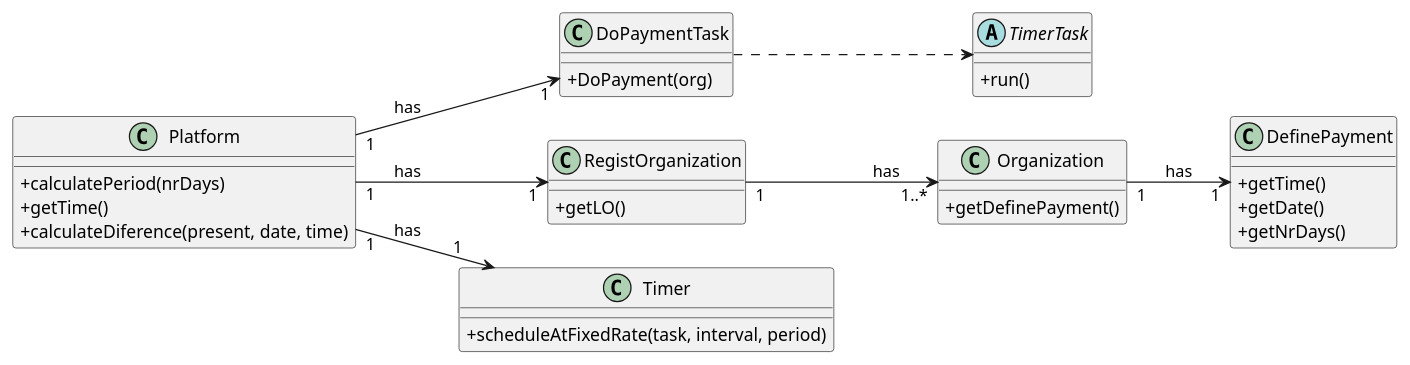
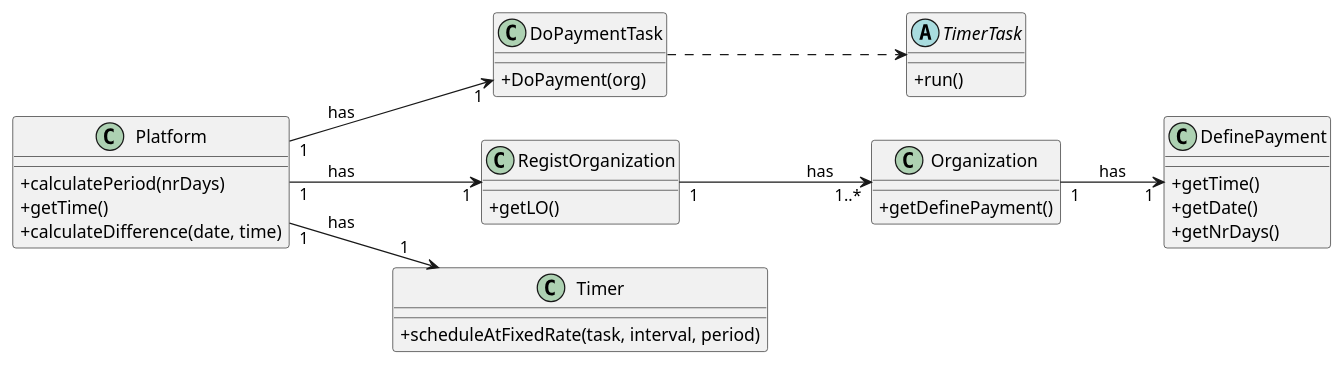
One commit to 1190452/LAPR2 changed the diagram in docs/UC7 - Do Payment Automatically/UC7_CD.puml. Above: the diagram before and after it, drawn with PlantUML. The commit also changed 10 other files, not shown here.

```diff
--- a/docs/UC7 - Do Payment Automatically/UC7_CD.puml
+++ b/docs/UC7 - Do Payment Automatically/UC7_CD.puml
@@ -1,43 +1,43 @@
 @startuml
 skinparam classAttributeIconSize 0
 left to right direction
 
 class Platform{
     +calculatePeriod(nrDays)
     +getTime()
-    +calculateDiference(present, date, time)
+    +calculateDifference(date, time)
 }
 
 class DoPaymentTask{
     +DoPayment(org)
 }
 
 abstract TimerTask{
     +run()
 }
 
 class RegistOrganization {
     +getLO()
 }
 
 class Organization {
     +getDefinePayment()
 }
 
 class DefinePayment {
     +getTime()
     +getDate()
     +getNrDays()
 }
 
 class Timer{
     +scheduleAtFixedRate(task, interval, period)
 }
 DoPaymentTask ..> TimerTask
 Platform "1" --> "1" DoPaymentTask : has
 Platform "1" --> "1" RegistOrganization : has
 RegistOrganization "1" --> "1..*" Organization : has
 Organization "1" --> "1" DefinePayment : has
 Platform "1" --> "1" Timer : has
 
 @enduml
```
